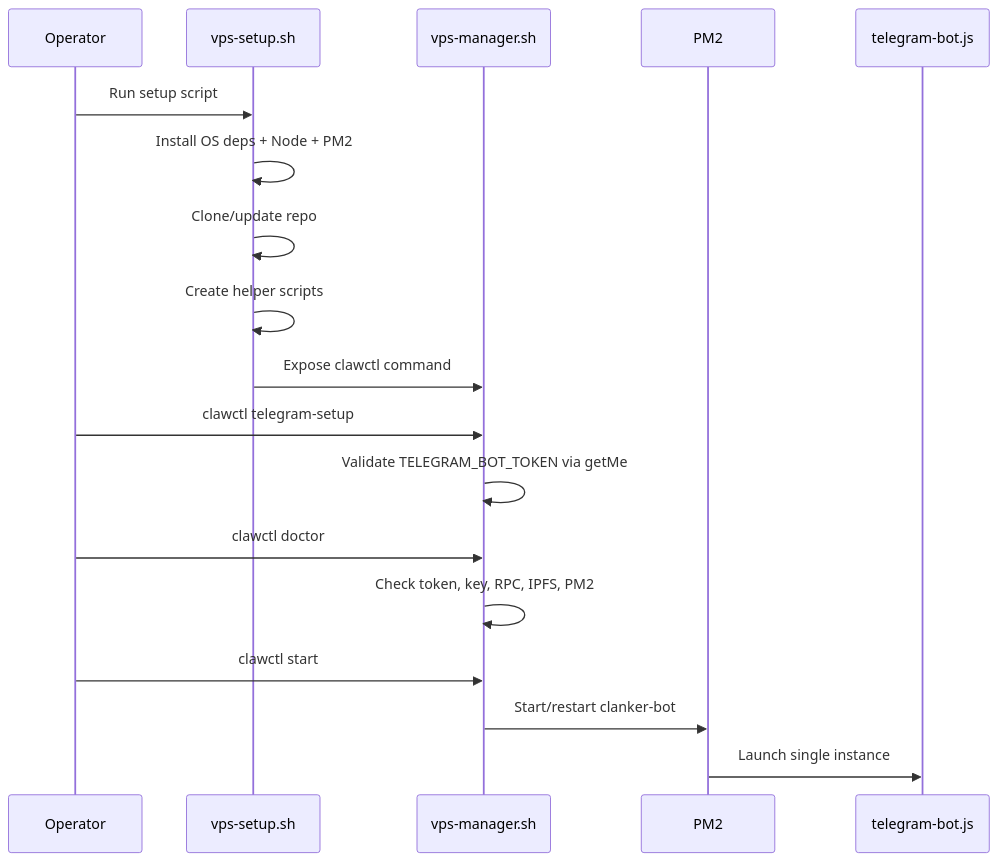
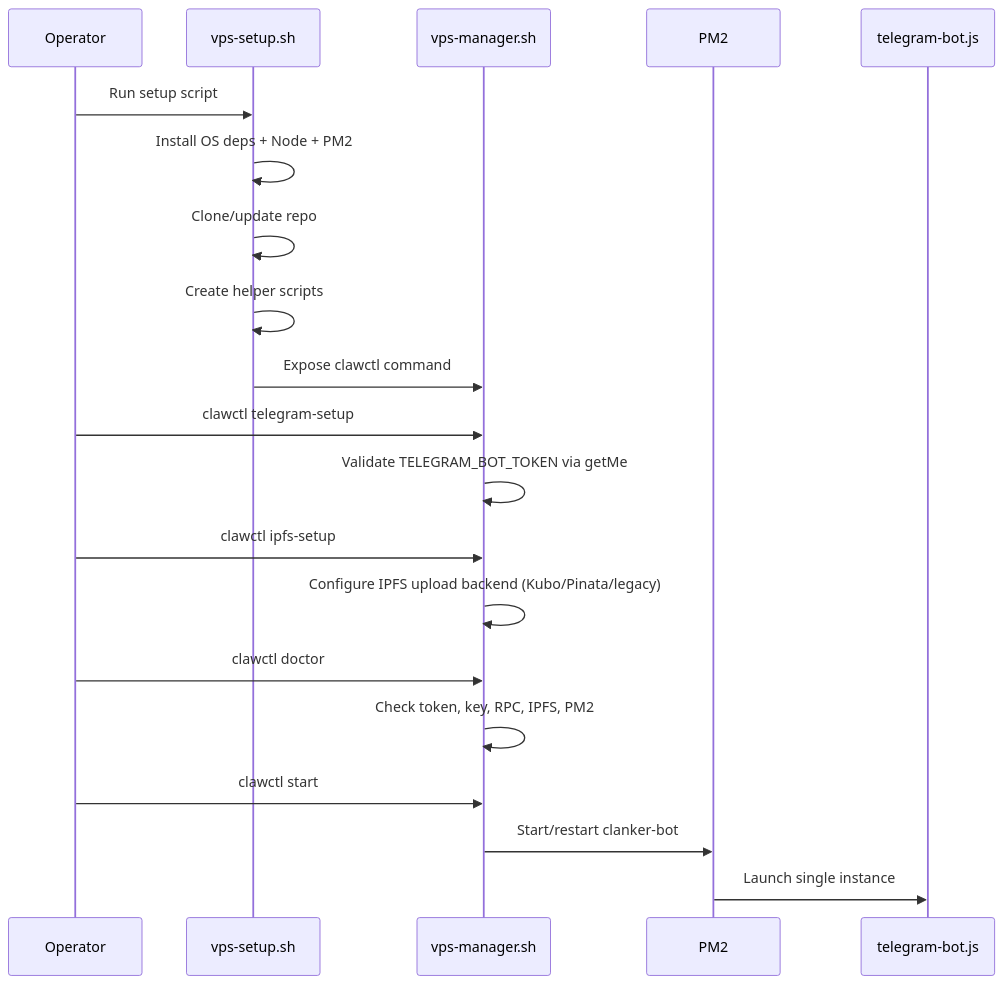
The second of 7 diagrams in docs/VISUAL_FLOW_RUNBOOK.md (Timcuan/clank-and-claw), drawn with Mermaid before and after one commit. The commit also changed other lines of this file and 13 other files, not shown here.

Commit message:
Harden IPFS local-first flow and add persistent config store

````diff
--- a/docs/VISUAL_FLOW_RUNBOOK.md
+++ b/docs/VISUAL_FLOW_RUNBOOK.md
@@ -35,24 +35,27 @@
 ```mermaid
 sequenceDiagram
     participant Admin as Operator
     participant Setup as vps-setup.sh
     participant Mgr as vps-manager.sh
     participant PM2 as PM2
     participant Bot as telegram-bot.js
 
     Admin->>Setup: Run setup script
     Setup->>Setup: Install OS deps + Node + PM2
     Setup->>Setup: Clone/update repo
     Setup->>Setup: Create helper scripts
     Setup->>Mgr: Expose clawctl command
 
     Admin->>Mgr: clawctl telegram-setup
     Mgr->>Mgr: Validate TELEGRAM_BOT_TOKEN via getMe
 
+    Admin->>Mgr: clawctl ipfs-setup
+    Mgr->>Mgr: Configure IPFS upload backend (Kubo/Pinata/legacy)
+
     Admin->>Mgr: clawctl doctor
     Mgr->>Mgr: Check token, key, RPC, IPFS, PM2
 
     Admin->>Mgr: clawctl start
     Mgr->>PM2: Start/restart clanker-bot
     PM2->>Bot: Launch single instance
 ```
````
